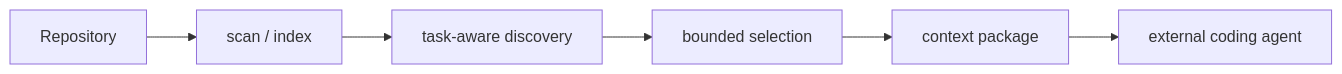
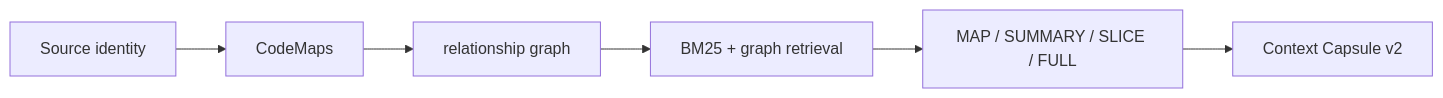
Before and after one commit to waterflane/ContextForge: the diagram in README.md, drawn with Mermaid. The commit also changed other lines of this file and 20 other files, not shown here.

Commit message:
docs(architecture): document index and compiler v3

````diff
--- a/README.md
+++ b/README.md
@@ -56,8 +59,8 @@
 ```mermaid
 flowchart LR
-    R["Repository"] --> S["scan / index"]
-    S --> D["task-aware discovery"]
-    D --> B["bounded selection"]
-    B --> P["context package"]
-    P --> A["external coding agent"]
+    R["Source identity"] --> C["CodeMaps"]
+    C --> G["relationship graph"]
+    G --> I["BM25 + graph retrieval"]
+    I --> P["MAP / SUMMARY / SLICE / FULL"]
+    P --> X["Context Capsule v2"]
 ```
````
